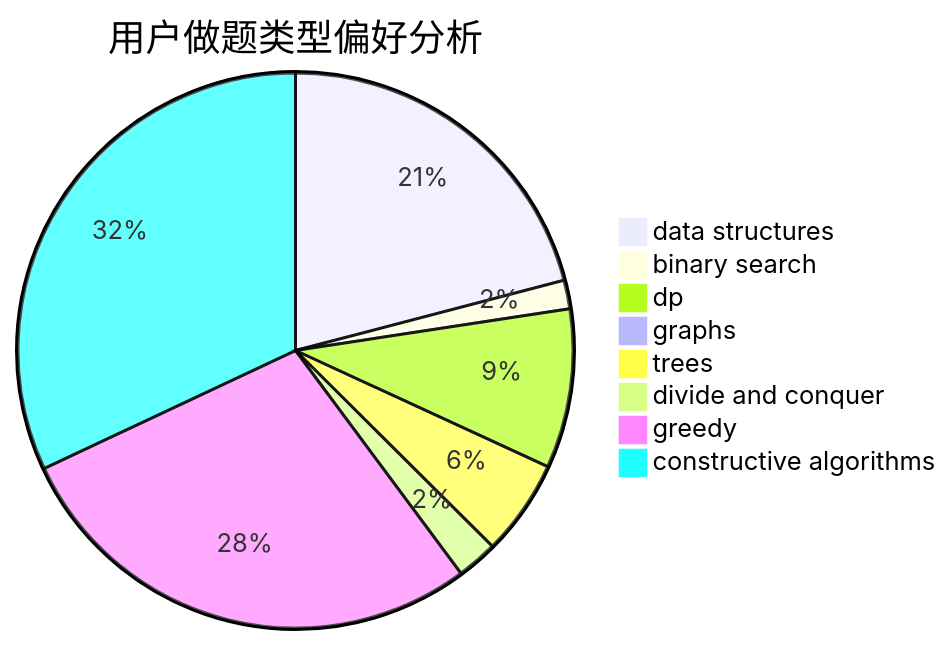
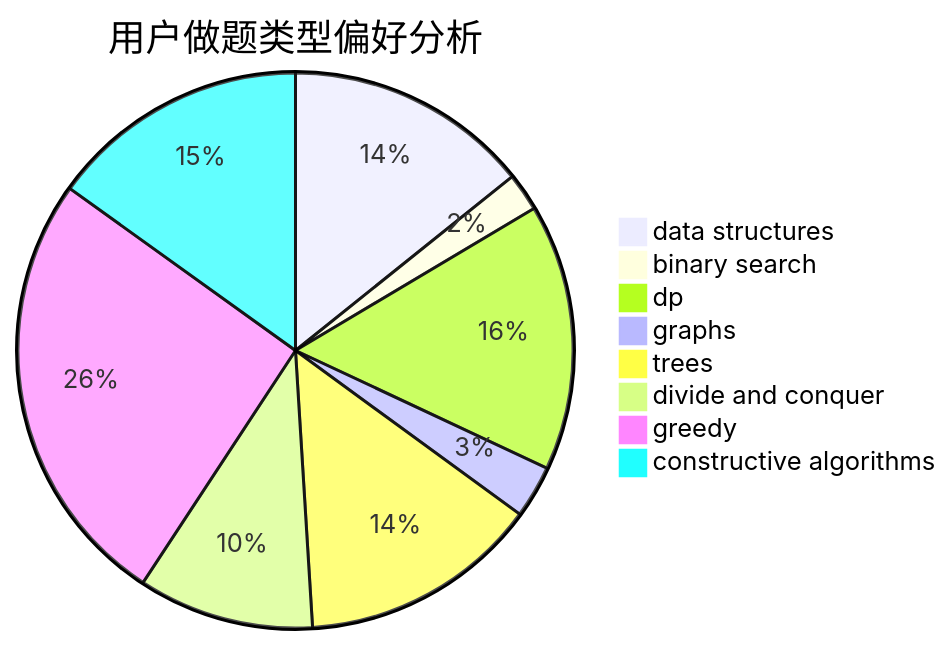
One commit to sherpahu/cfrs.github.io changed the second of 3 diagrams in docs/user/u1767.md. Above: the diagram before and after it, drawn with Mermaid. The commit also changed other lines of this file and 2770 other files, not shown here.

````diff
--- a/docs/user/u1767.md
+++ b/docs/user/u1767.md
@@ -23,11 +23,11 @@
 ```mermaid
 pie title 用户做题类型偏好分析
-    "data structures" :  176
-    "binary search" :  14
-    "dp" :  78
-    "graphs" :  5
-    "trees" :  47
-    "divide and conquer" :  20
-    "greedy" :  237
-    "constructive algorithms" :  269
+    "data structures" :  167
+    "binary search" :  26
+    "dp" :  182
+    "graphs" :  36
+    "trees" :  164
+    "divide and conquer" :  120
+    "greedy" :  301
+    "constructive algorithms" :  177
 ```
````
